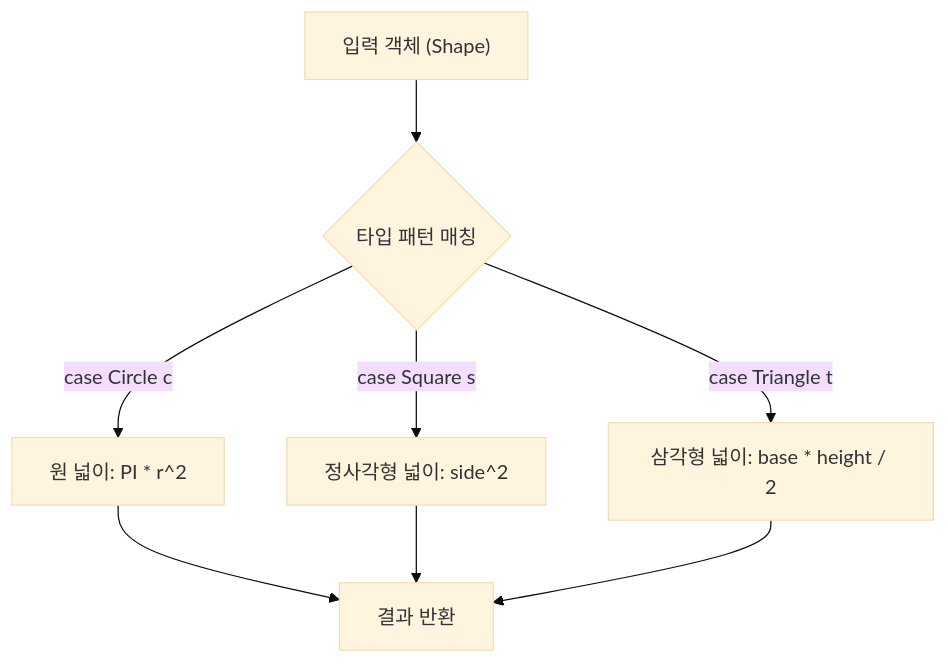
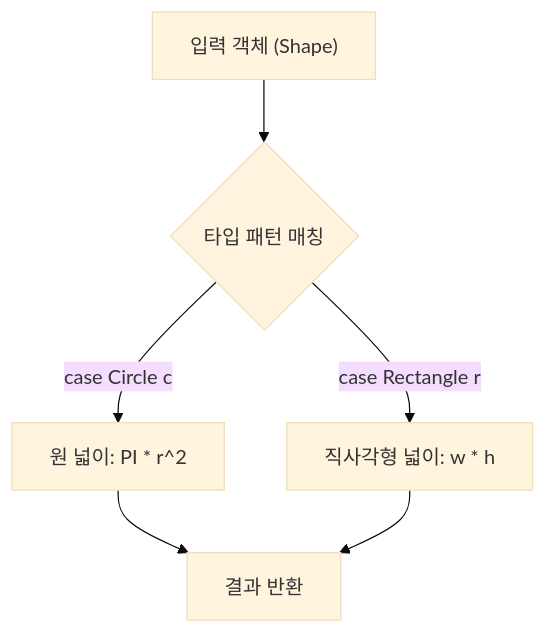
The second of 2 diagrams in java/java-17.md (junhyeong9812/java-spring-history), drawn with Mermaid (base theme) before and after one commit. The commit also changed other lines of this file and 11 other files, not shown here.

````diff
--- a/java/java-17.md
+++ b/java/java-17.md
@@ -90,10 +86,8 @@
 ```mermaid
 flowchart TD
     A["입력 객체 (Shape)"] --> B{"타입 패턴 매칭"}
     B -->|"case Circle c"| C["원 넓이: PI * r^2"]
-    B -->|"case Square s"| D["정사각형 넓이: side^2"]
-    B -->|"case Triangle t"| E["삼각형 넓이: base * height / 2"]
+    B -->|"case Rectangle r"| D["직사각형 넓이: w * h"]
     C --> F["결과 반환"]
     D --> F
-    E --> F
 ```
````
